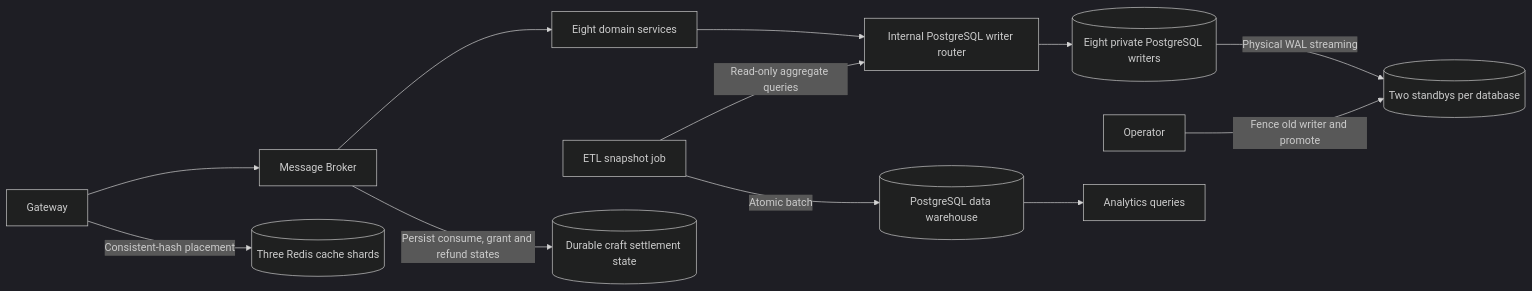
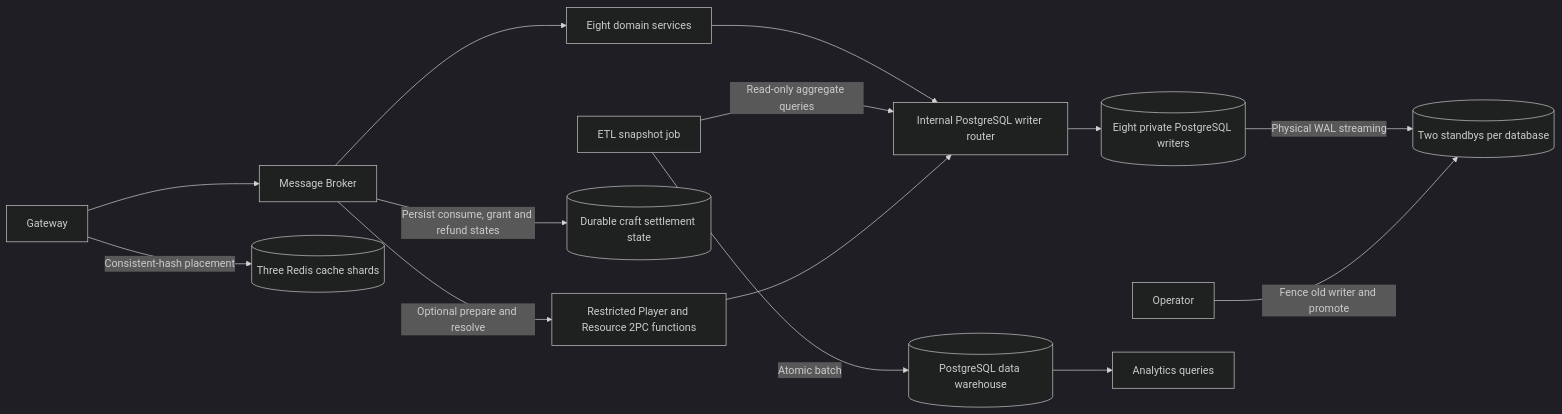
One commit to PAD-TEAM-7/PAD-TEAM-7 changed the first of 3 diagrams in docs/architecture.md. Above: the diagram before and after it, drawn with Mermaid (dark theme). The commit also changed 8 other files, not shown here.

````diff
--- a/docs/architecture.md
+++ b/docs/architecture.md
@@ -8,14 +8,16 @@
 ```mermaid
 flowchart LR
     Gateway[Gateway] --> Broker[Message Broker]
     Broker --> Services[Eight domain services]
     Services --> Router[Internal PostgreSQL writer router]
     ETL[ETL snapshot job] -->|Read-only aggregate queries| Router
     Router --> Sources[(Eight private PostgreSQL writers)]
     Sources -->|Physical WAL streaming| Standbys[(Two standbys per database)]
     Operator[Operator] -->|Fence old writer and promote| Standbys
     ETL -->|Atomic batch| Warehouse[(PostgreSQL data warehouse)]
     Warehouse --> Analytics[Analytics queries]
     Gateway -->|Consistent-hash placement| Cache[(Three Redis cache shards)]
     Broker -->|Persist consume, grant and refund states| Sagas[(Durable craft settlement state)]
+    Broker -->|Optional prepare and resolve| Participants[Restricted Player and Resource 2PC functions]
+    Participants --> Router
 ```
````
